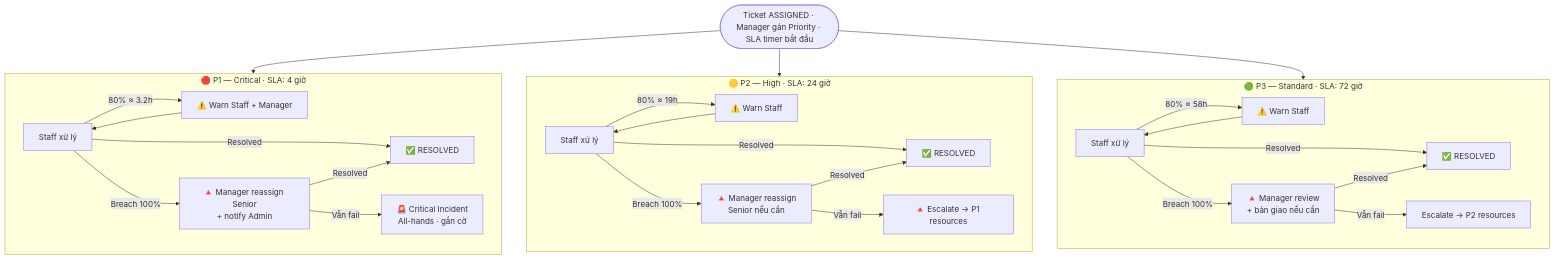
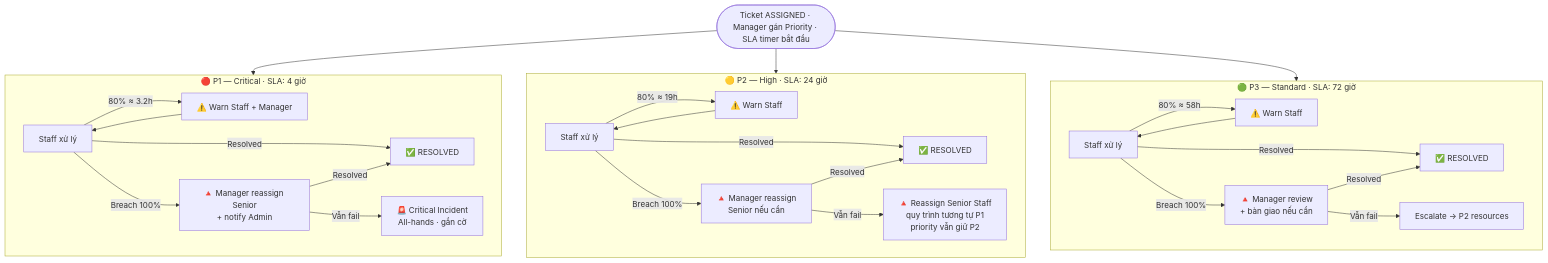
Before and after one commit to GSU26SE55/ai-module: the fourth of 8 diagrams in .claude/docs/core-business-flow.md, drawn with Mermaid. The commit also changed other lines of this file and 1 other file, not shown here.

````diff
--- a/.claude/docs/core-business-flow.md
+++ b/.claude/docs/core-business-flow.md
@@ -265,36 +266,36 @@
 ```mermaid
 flowchart TB
     Start([Ticket ASSIGNED · Manager gán Priority · SLA timer bắt đầu])
 
     Start --> track1 & track2 & track3
 
     subgraph track1["🔴 P1 — Critical · SLA: 4 giờ"]
         direction LR
         P1a[Staff xử lý] -->|Resolved| P1ok[✅ RESOLVED]
         P1a -->|80% ≈ 3.2h| P1w[⚠️ Warn Staff + Manager]
         P1w --> P1a
         P1a -->|Breach 100%| P1b[🔺 Manager reassign Senior<br/>+ notify Admin]
         P1b -->|Resolved| P1ok
         P1b -->|Vẫn fail| P1cr[🚨 Critical Incident<br/>All-hands · gắn cờ]
     end
 
     subgraph track2["🟡 P2 — High · SLA: 24 giờ"]
         direction LR
         P2a[Staff xử lý] -->|Resolved| P2ok[✅ RESOLVED]
         P2a -->|80% ≈ 19h| P2w[⚠️ Warn Staff]
         P2w --> P2a
         P2a -->|Breach 100%| P2b[🔺 Manager reassign<br/>Senior nếu cần]
         P2b -->|Resolved| P2ok
-        P2b -->|Vẫn fail| P2cr[🔺 Escalate → P1 resources]
+        P2b -->|Vẫn fail| P2cr[🔺 Reassign Senior Staff<br/>quy trình tương tự P1<br/>priority vẫn giữ P2]
     end
 
     subgraph track3["🟢 P3 — Standard · SLA: 72 giờ"]
         direction LR
         P3a[Staff xử lý] -->|Resolved| P3ok[✅ RESOLVED]
         P3a -->|80% ≈ 58h| P3w[⚠️ Warn Staff]
         P3w --> P3a
         P3a -->|Breach 100%| P3b[🔺 Manager review<br/>+ bàn giao nếu cần]
         P3b -->|Resolved| P3ok
         P3b -->|Vẫn fail| P3cr[Escalate → P2 resources]
     end
 ```
````
